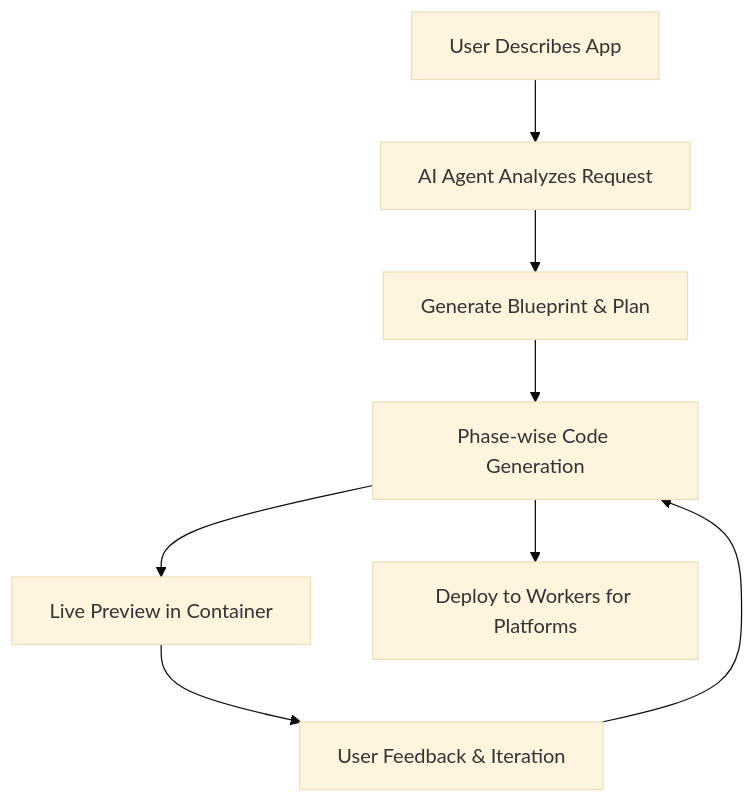
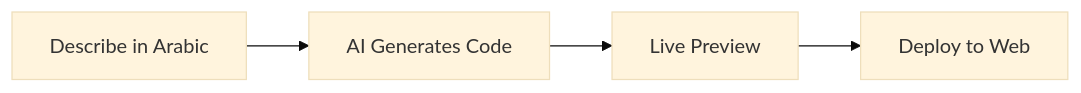
One commit to samskipsai/vibesaudi changed the diagram in README.md. Above: the diagram before and after it, drawn with Mermaid (base theme). The commit also changed other lines of this file and 1 other file, not shown here.

````diff
--- a/README.md
+++ b/README.md
@@ -201,10 +74,6 @@
 ```mermaid
-graph TD
-    A[User Describes App] --> B[AI Agent Analyzes Request]
-    B --> C[Generate Blueprint & Plan]
-    C --> D[Phase-wise Code Generation]
-    D --> E[Live Preview in Container]
-    E --> F[User Feedback & Iteration]
-    F --> D
-    D --> G[Deploy to Workers for Platforms]
+graph LR
+    A[Describe in Arabic] --> B[AI Generates Code]
+    B --> C[Live Preview]
+    C --> D[Deploy to Web]
 ```
````
